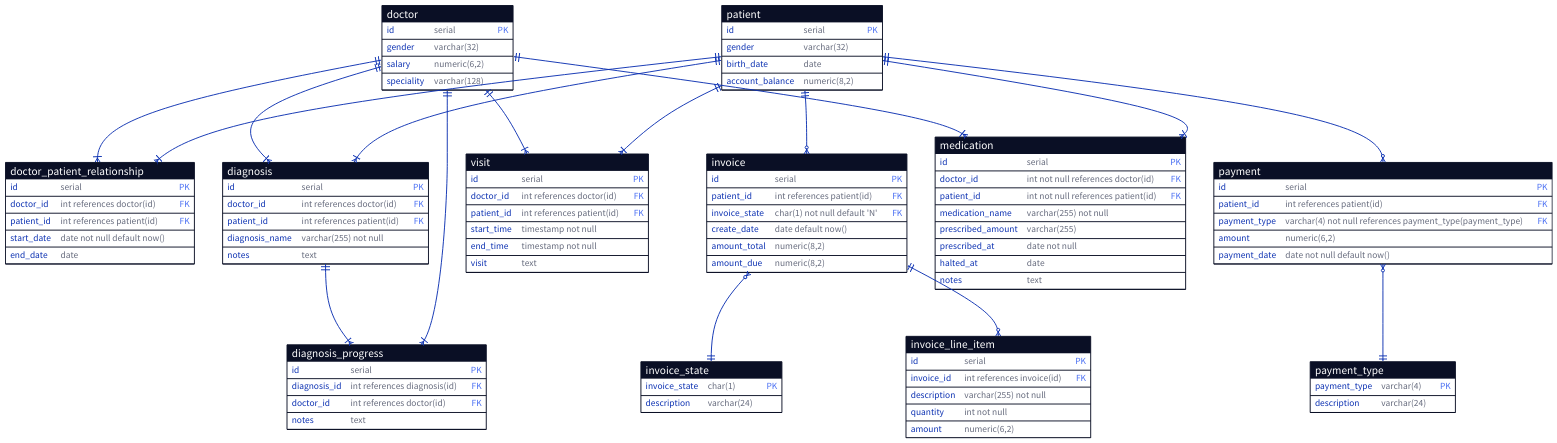
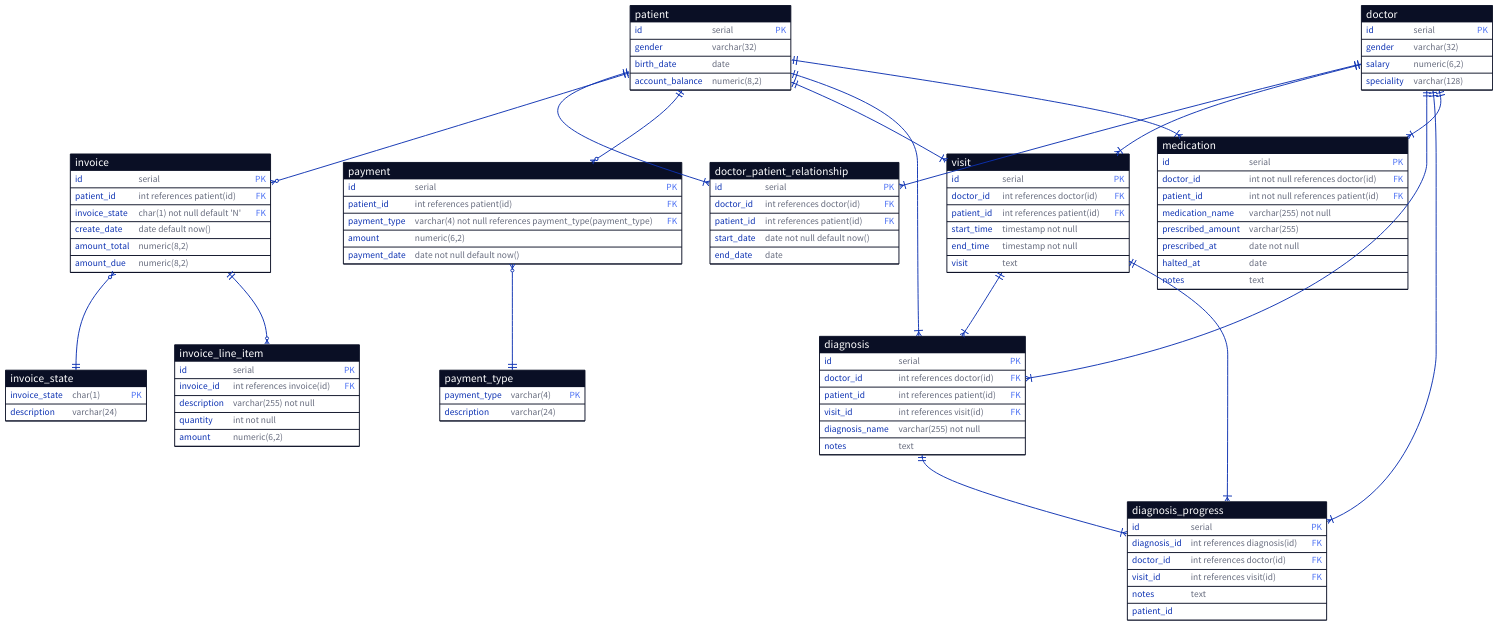
One commit to timfreund/stevens-teaching-demo changed the diagram in diagrams/erd.d2. Above: the diagram before and after it, drawn with D2. The commit also changed 1 other file, not shown here.

Commit message:
Add reference to Visit to the Diagnsis and DiagnosisProgress entities

```diff
--- a/diagrams/erd.d2
+++ b/diagrams/erd.d2
@@ -1,179 +1,191 @@
 
 doctor {
   shape: sql_table
   id: serial {constraint: primary_key}
   gender: varchar(32)
   salary: numeric(6,2)
   speciality: varchar(128)
 }
 
 patient {
   shape: sql_table
   id: serial {constraint: primary_key}
   gender: varchar(32)
   birth_date: date
   account_balance: numeric(8,2)
 }
 
 doctor_patient_relationship {
   shape: sql_table
   id: serial {constraint: primary_key}
   doctor_id: int references doctor(id) {constraint: foreign_key}
   patient_id: int references patient(id) {constraint: foreign_key}
   start_date: date not null default now()
   end_date: date
 }
 
 doctor <-> doctor_patient_relationship.doctor_id: {
   source-arrowhead.shape: cf-one-required
   target-arrowhead.shape: cf-many-required
 }
 
 patient <-> doctor_patient_relationship.patient_id: {
   source-arrowhead.shape: cf-one-required
   target-arrowhead.shape: cf-many-required
 }
 
 invoice_state{
   shape: sql_table
   invoice_state: char(1) {constraint: primary_key}
   description: varchar(24)
 }
 
 invoice {
   shape: sql_table
   id: serial {constraint: primary_key}
   patient_id: int references patient(id) {constraint: foreign_key}
   invoice_state: char(1) not null default 'N'  {constraint: foreign_key}
   create_date: date default now()
   amount_total: numeric(8,2)
   amount_due: numeric(8,2)
 }
 
 invoice.invoice_state <-> invoice_state.invoice_state: {
   source-arrowhead.shape: cf-many
   target-arrowhead.shape: cf-one-required
 }
 
 patient <-> invoice.patient_id: {
   source-arrowhead.shape: cf-one-required
   target-arrowhead.shape: cf-many
 }
 
 invoice_line_item {
   shape: sql_table
   id: serial {constraint: primary_key}
   invoice_id: int references invoice(id) {constraint: foreign_key}
   description: varchar(255) not null
   quantity: int not null
   amount: numeric(6,2)
 }
 
 invoice <-> invoice_line_item.invoice_id: {
   source-arrowhead.shape: cf-one-required
   target-arrowhead.shape: cf-many
 }
 
 payment_type{
   shape: sql_table
   payment_type: varchar(4) {constraint: primary_key}
   description: varchar(24)
 }
 
 payment {
   shape: sql_table
   id: serial {constraint: primary_key}
   patient_id: int references patient(id) {constraint: foreign_key}
   payment_type: varchar(4) not null references payment_type(payment_type) {constraint: foreign_key}
   amount: numeric(6,2)
   payment_date: date not null default now()
 }
 
 patient <-> payment.patient_id: {
   source-arrowhead.shape: cf-one-required
   target-arrowhead.shape: cf-many
 }
 
 payment.payment_type <-> payment_type.payment_type: {
   source-arrowhead.shape: cf-many
   target-arrowhead.shape: cf-one-required
 }
 
 visit {
   shape: sql_table
   id: serial {constraint: primary_key}
   doctor_id: int references doctor(id) {constraint: foreign_key}
   patient_id: int references patient(id) {constraint: foreign_key}
   start_time: timestamp not null
   end_time: timestamp not null
   visit: text
 }
 
 doctor <-> visit.doctor_id: {
   source-arrowhead.shape: cf-one-required
   target-arrowhead.shape: cf-many-required
 }
 
 patient <-> visit.patient_id: {
   source-arrowhead.shape: cf-one-required
   target-arrowhead.shape: cf-many-required
 }
 
 diagnosis {
   shape: sql_table
   id: serial {constraint: primary_key}
   doctor_id: int references doctor(id) {constraint: foreign_key}
   patient_id: int references patient(id) {constraint: foreign_key}
+  visit_id: int references visit(id) {constraint: foreign_key}
   diagnosis_name: varchar(255) not null
   notes: text
 }
 
 doctor <-> diagnosis.doctor_id: {
   source-arrowhead.shape: cf-one-required
   target-arrowhead.shape: cf-many-required
 }
 
 patient <-> diagnosis.patient_id: {
   source-arrowhead.shape: cf-one-required
   target-arrowhead.shape: cf-many-required
 }
 
+visit <-> diagnosis.patient_id: {
+  source-arrowhead.shape: cf-one-required
+  target-arrowhead.shape: cf-many-required
+}
+
 diagnosis_progress {
   shape: sql_table
   id: serial {constraint: primary_key}
   diagnosis_id: int references diagnosis(id) {constraint: foreign_key}
   doctor_id: int references doctor(id) {constraint: foreign_key}
+  visit_id: int references visit(id) {constraint: foreign_key}
   notes: text
 }
 
 diagnosis <-> diagnosis_progress.diagnosis_id: {
   source-arrowhead.shape: cf-one-required
   target-arrowhead.shape: cf-many-required
 }
 
 doctor <-> diagnosis_progress.doctor_id: {
+  source-arrowhead.shape: cf-one-required
+  target-arrowhead.shape: cf-many-required
+}
+
+visit <-> diagnosis_progress.patient_id: {
   source-arrowhead.shape: cf-one-required
   target-arrowhead.shape: cf-many-required
 }
 
 medication {
   shape: sql_table
   id: serial {constraint: primary_key}
   doctor_id: int not null references doctor(id) {constraint: foreign_key}
   patient_id: int not null references patient(id) {constraint: foreign_key}
   medication_name: varchar(255) not null
   prescribed_amount: varchar(255)
   prescribed_at: date not null
   halted_at: date
   notes: text
 }
 
 doctor <-> medication.doctor_id: {
   source-arrowhead.shape: cf-one-required
   target-arrowhead.shape: cf-many-required
 }
 
 patient <-> medication.patient_id: {
   source-arrowhead.shape: cf-one-required
   target-arrowhead.shape: cf-many-required
 }
```
